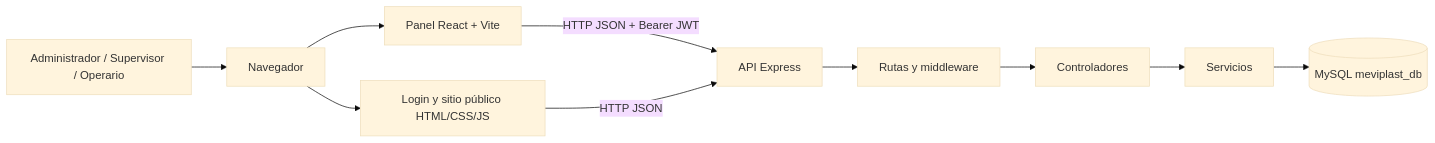
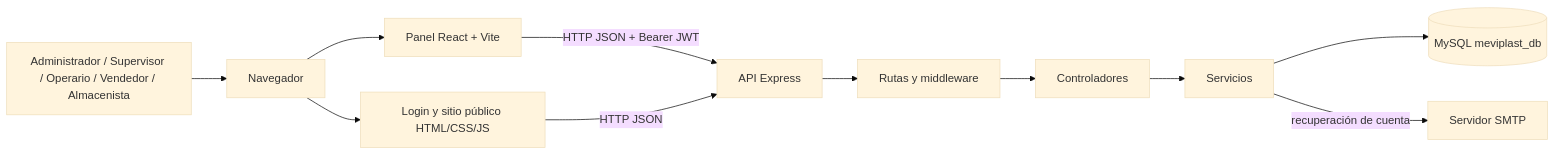
The diagram in docs/architecture/overview.md (Pafuna08/MEVIPLAST-NODEJS), drawn with Mermaid (base theme) before and after one commit. The commit also changed other lines of this file and 8 other files, not shown here.

First line of the commit message:
docs: update README, architecture, schema and guides to the current code

````diff
--- a/docs/architecture/overview.md
+++ b/docs/architecture/overview.md
@@ -5,12 +5,13 @@
 ```mermaid
 flowchart LR
-  User[Administrador / Supervisor / Operario] --> Browser[Navegador]
+  User[Administrador / Supervisor / Operario / Vendedor / Almacenista] --> Browser[Navegador]
   Browser --> React[Panel React + Vite]
   Browser --> Static[Login y sitio público HTML/CSS/JS]
   React -->|HTTP JSON + Bearer JWT| Express[API Express]
   Static -->|HTTP JSON| Express
   Express --> Routes[Rutas y middleware]
   Routes --> Controllers[Controladores]
   Controllers --> Services[Servicios]
   Services --> MySQL[(MySQL meviplast_db)]
+  Services -->|recuperación de cuenta| SMTP[Servidor SMTP]
 ```
````
